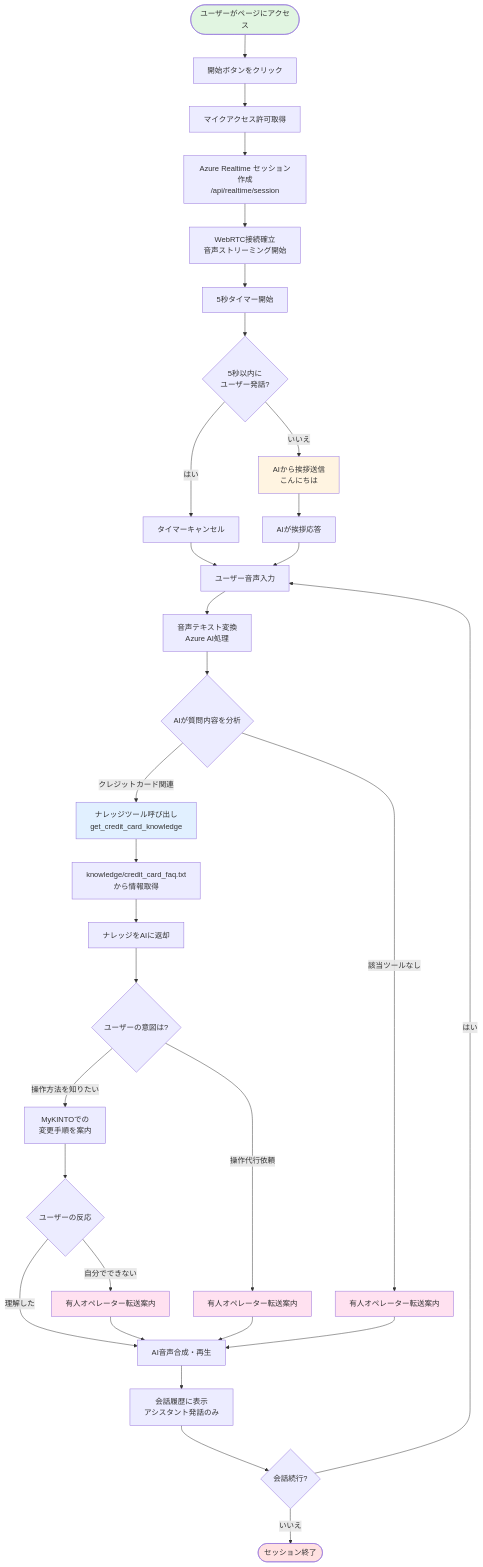
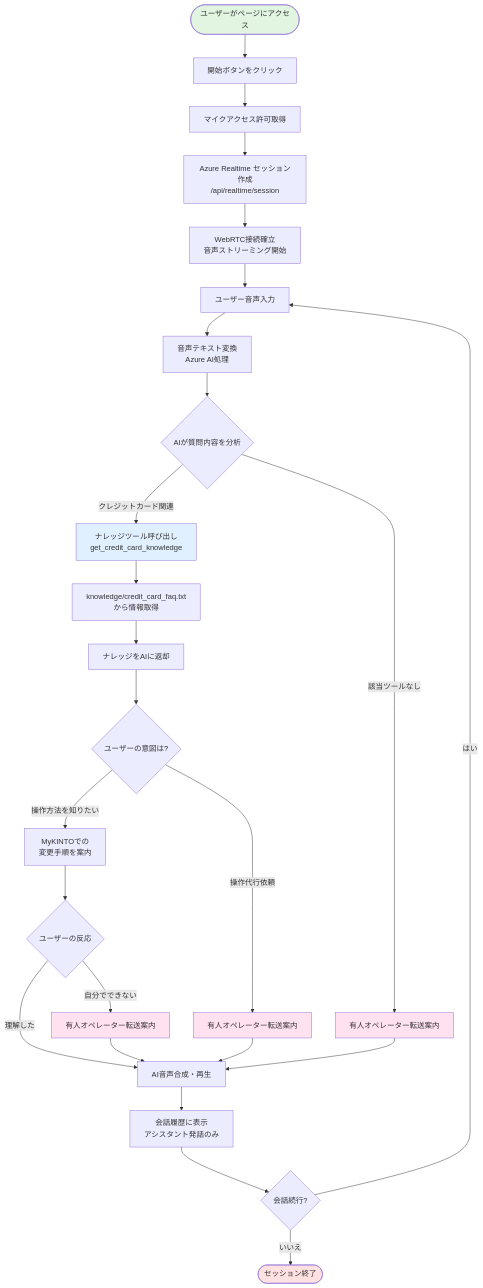
The diagram in README.md (KTC-Lu/poc-voice-live-api-ai-agent), drawn with Mermaid before and after one commit. The commit also changed other lines of this file and 1 other file, not shown here.

Commit message:
5秒タイマーの機能を削除する。

````diff
--- a/README.md
+++ b/README.md
@@ -91,51 +90,42 @@
 ```mermaid
 flowchart TD
     Start([ユーザーがページにアクセス]) --> ClickStart[開始ボタンをクリック]
     ClickStart --> GetMic[マイクアクセス許可取得]
     GetMic --> CreateSession[Azure Realtime セッション作成<br/>/api/realtime/session]
     CreateSession --> WebRTC[WebRTC接続確立<br/>音声ストリーミング開始]
-    WebRTC --> StartTimer[5秒タイマー開始]
-
-    StartTimer --> Timer{5秒以内に<br/>ユーザー発話?}
-    Timer -->|はい| CancelTimer[タイマーキャンセル]
-    Timer -->|いいえ| ProactiveGreeting[AIから挨拶送信<br/>こんにちは]
-
-    CancelTimer --> UserSpeak[ユーザー音声入力]
-    ProactiveGreeting --> AIGreeting[AIが挨拶応答]
-    AIGreeting --> UserSpeak
+    WebRTC --> UserSpeak[ユーザー音声入力]
 
     UserSpeak --> Transcription[音声テキスト変換<br/>Azure AI処理]
     Transcription --> AIAnalyze{AIが質問内容を分析}
 
     AIAnalyze -->|クレジットカード関連| CallTool[ナレッジツール呼び出し<br/>get_credit_card_knowledge]
     AIAnalyze -->|該当ツールなし| TransferHuman1[有人オペレーター転送案内]
 
     CallTool --> LoadKnowledge[knowledge/credit_card_faq.txt<br/>から情報取得]
     LoadKnowledge --> ReturnKnowledge[ナレッジをAIに返却]
     ReturnKnowledge --> CheckIntent{ユーザーの意図は?}
 
     CheckIntent -->|操作方法を知りたい| GuideUser[MyKINTOでの<br/>変更手順を案内]
     CheckIntent -->|操作代行依頼| TransferHuman2[有人オペレーター転送案内]
 
     GuideUser --> UserResponse{ユーザーの反応}
     UserResponse -->|理解した| AISynthesize[AI音声合成・再生]
     UserResponse -->|自分でできない| TransferHuman3[有人オペレーター転送案内]
 
     TransferHuman1 --> AISynthesize
     TransferHuman2 --> AISynthesize
     TransferHuman3 --> AISynthesize
 
     AISynthesize --> DisplayTranscript[会話履歴に表示<br/>アシスタント発話のみ]
     DisplayTranscript --> Continue{会話続行?}
 
     Continue -->|はい| UserSpeak
     Continue -->|いいえ| End([セッション終了])
 
     style Start fill:#e1f5e1
     style End fill:#ffe1e1
-    style ProactiveGreeting fill:#fff4e1
     style CallTool fill:#e1f0ff
     style TransferHuman1 fill:#ffe1f0
     style TransferHuman2 fill:#ffe1f0
     style TransferHuman3 fill:#ffe1f0
 ```
````
